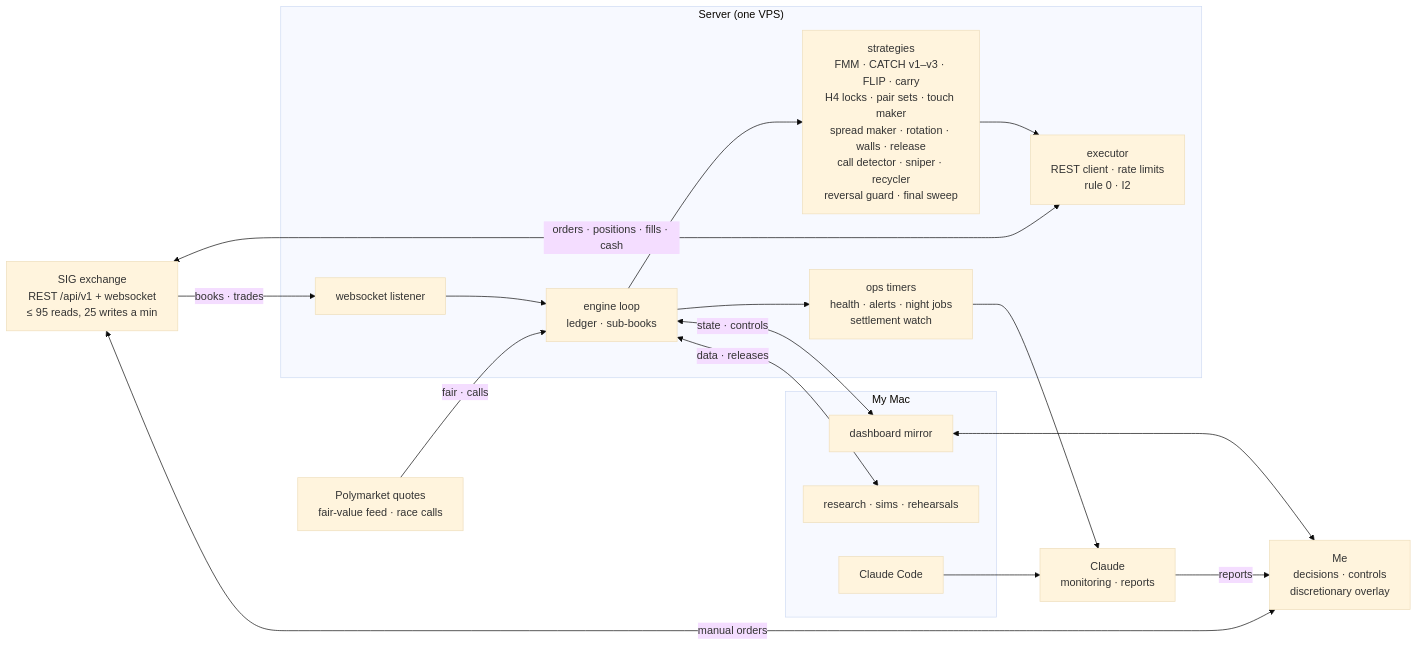
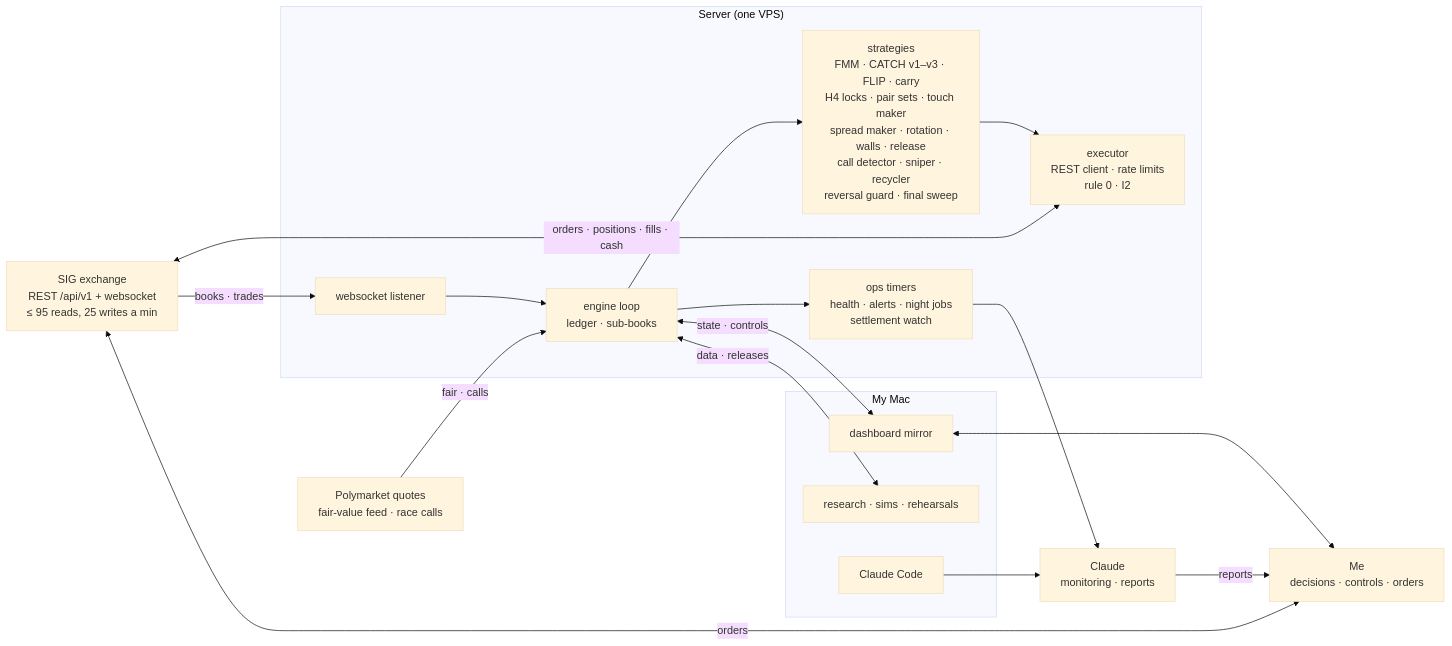
The diagram in README.md (pieropls/PredictionsCup26), drawn with Mermaid (base theme) before and after one commit. The commit also changed other lines of this file, not shown here.

````diff
--- a/README.md
+++ b/README.md
@@ -41,31 +41,31 @@
 ```mermaid
 flowchart LR
     SIG["SIG exchange<br/>REST /api/v1 + websocket<br/>≤ 95 reads, 25 writes a min"]
     PM["Polymarket quotes<br/>fair-value feed · race calls"]
     subgraph SRV["Server (one VPS)"]
         LIS["websocket listener"]
         ENG["engine loop<br/>ledger · sub-books"]
         STR["strategies<br/>FMM · CATCH v1–v3 · FLIP · carry<br/>H4 locks · pair sets · touch maker<br/>spread maker · rotation · walls · release<br/>call detector · sniper · recycler<br/>reversal guard · final sweep"]
         EXE["executor<br/>REST client · rate limits<br/>rule 0 · I2"]
         OPS["ops timers<br/>health · alerts · night jobs<br/>settlement watch"]
     end
     subgraph MAC["My Mac"]
         MIR["dashboard mirror"]
         RES["research · sims · rehearsals"]
         CC["Claude Code"]
     end
     CL["Claude<br/>monitoring · reports"]
-    ME["Me<br/>decisions · controls<br/>discretionary overlay"]
+    ME["Me<br/>decisions · controls · orders"]
     SIG -->|"books · trades"| LIS --> ENG
     PM -->|"fair · calls"| ENG
     ENG --> STR --> EXE
     SIG <-->|"orders · positions · fills · cash"| EXE
     ENG --> OPS
     ENG <-->|"state · controls"| MIR
     ENG <-->|"data · releases"| RES
     OPS --> CL
     CC --> CL
     MIR <--> ME
     CL -->|reports| ME
-    SIG <-->|"manual orders"| ME
+    SIG <-->|orders| ME
 ```
````
